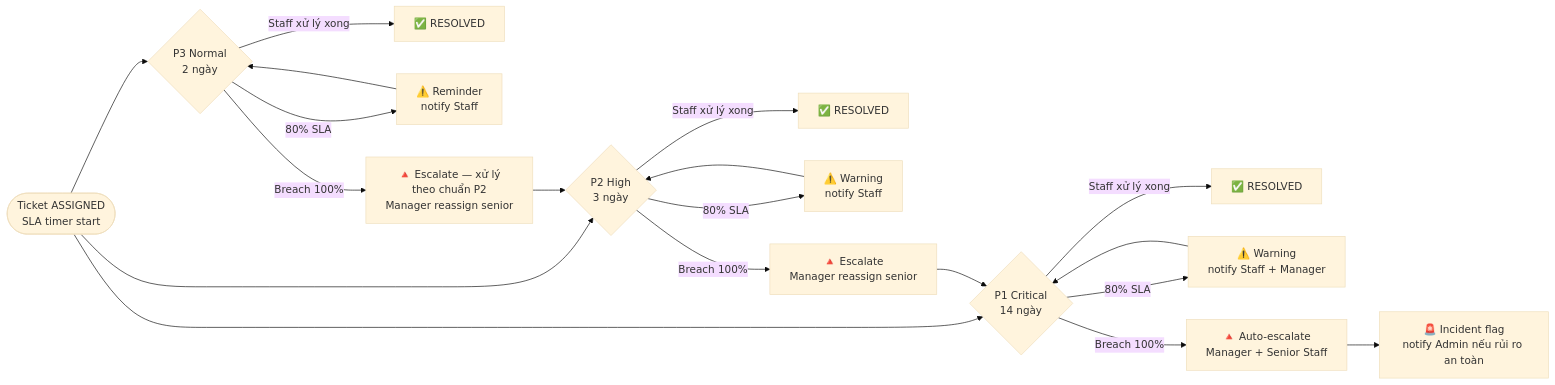
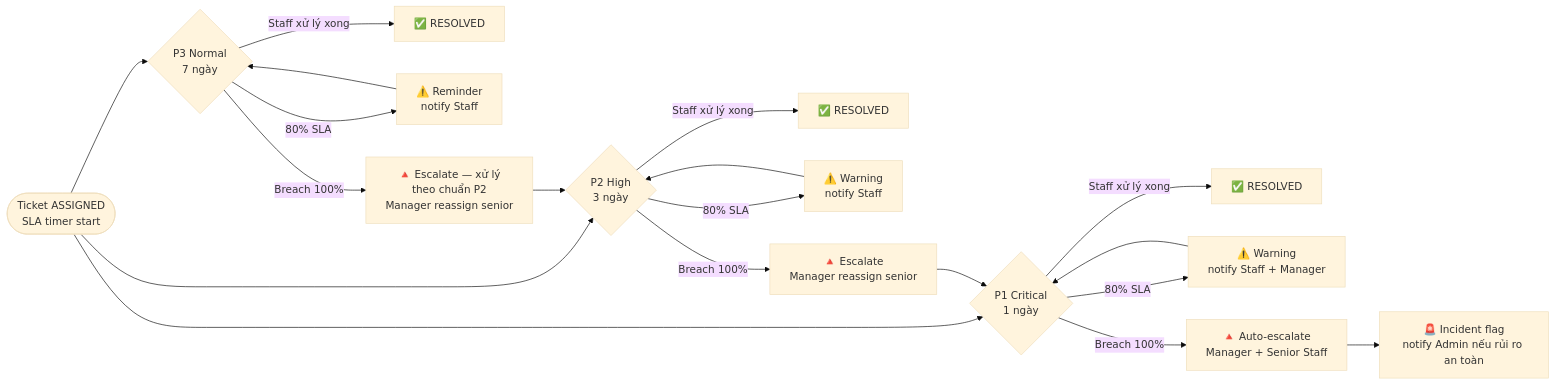
Before and after one commit to GSU26SE55/backend: the fourth of 8 diagrams in .claude/docs/core-business-flow.md, drawn with Mermaid (base theme). The commit also changed other lines of this file and 29 other files, not shown here.

````diff
--- a/.claude/docs/core-business-flow.md
+++ b/.claude/docs/core-business-flow.md
@@ -321,26 +321,26 @@
 ```mermaid
 flowchart LR
     Start([Ticket ASSIGNED<br/>SLA timer start])
 
-    Start --> P1{P1 Critical<br/>14 ngày}
+    Start --> P1{P1 Critical<br/>1 ngày}
     P1 -->|Staff xử lý xong| OK1[✅ RESOLVED]
     P1 -->|80% SLA| W1[⚠️ Warning<br/>notify Staff + Manager]
     W1 --> P1
     P1 -->|Breach 100%| E1[🔺 Auto-escalate<br/>Manager + Senior Staff]
 
     Start --> P2{P2 High<br/>3 ngày}
     P2 -->|Staff xử lý xong| OK2[✅ RESOLVED]
     P2 -->|80% SLA| W2[⚠️ Warning<br/>notify Staff]
     W2 --> P2
     P2 -->|Breach 100%| E2[🔺 Escalate<br/>Manager reassign senior]
 
-    Start --> P3{P3 Normal<br/>2 ngày}
+    Start --> P3{P3 Normal<br/>7 ngày}
     P3 -->|Staff xử lý xong| OK3[✅ RESOLVED]
     P3 -->|80% SLA| W3[⚠️ Reminder<br/>notify Staff]
     W3 --> P3
     P3 -->|Breach 100%| E3[🔺 Escalate — xử lý<br/>theo chuẩn P2<br/>Manager reassign senior]
 
     E1 --> Critical[🚨 Incident flag<br/>notify Admin nếu rủi ro an toàn]
     E2 --> P1
     E3 --> P2
 ```
````
